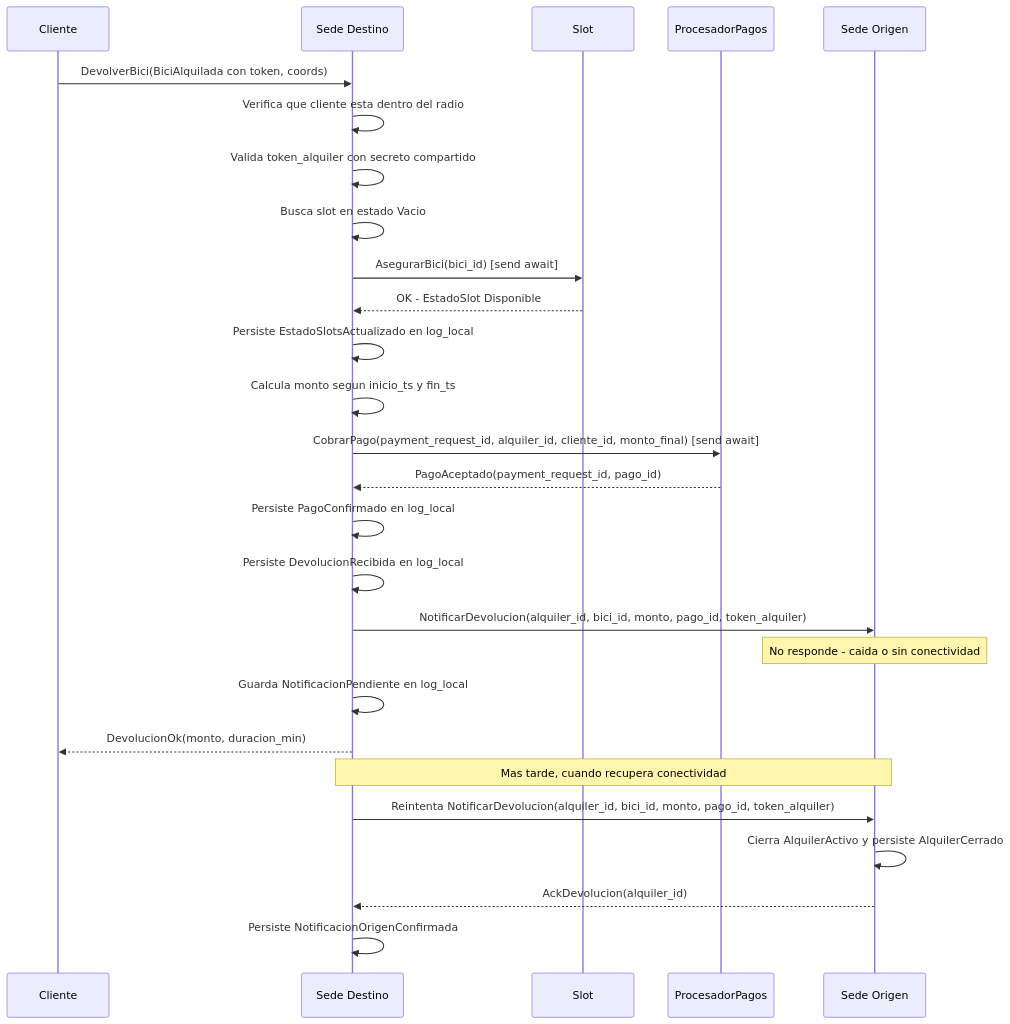
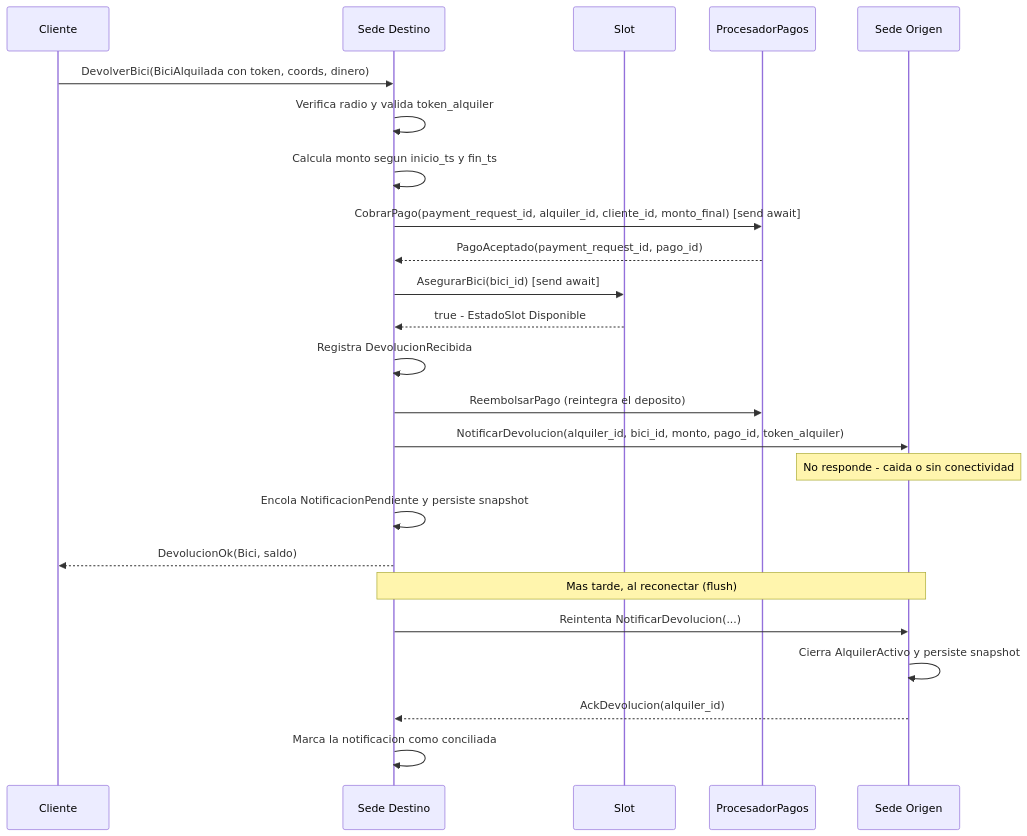
Diagram 11 of 14 in README.md (Jmenechian/distributed-bike-sharing), drawn with Mermaid before and after one commit. The commit also changed other lines of this file, not shown here.

Commit message:
docs(readme): actualizacion del README.md

````diff
--- a/README.md
+++ b/README.md
@@ -1347,31 +1178,28 @@
 ```mermaid
 sequenceDiagram
     participant Cliente
     participant SedeDestino as Sede Destino
     participant Slot
     participant ProcesadorPagos
     participant SedeOrigen as Sede Origen
 
-    Cliente->>SedeDestino: DevolverBici(BiciAlquilada con token, coords)
-    SedeDestino->>SedeDestino: Verifica que cliente esta dentro del radio
-    SedeDestino->>SedeDestino: Valida token_alquiler con secreto compartido
-    SedeDestino->>SedeDestino: Busca slot en estado Vacio
-    SedeDestino->>Slot: AsegurarBici(bici_id) [send await]
-    Slot-->>SedeDestino: OK - EstadoSlot Disponible
-    SedeDestino->>SedeDestino: Persiste EstadoSlotsActualizado en log_local
+    Cliente->>SedeDestino: DevolverBici(BiciAlquilada con token, coords, dinero)
+    SedeDestino->>SedeDestino: Verifica radio y valida token_alquiler
     SedeDestino->>SedeDestino: Calcula monto segun inicio_ts y fin_ts
     SedeDestino->>ProcesadorPagos: CobrarPago(payment_request_id, alquiler_id, cliente_id, monto_final) [send await]
     ProcesadorPagos-->>SedeDestino: PagoAceptado(payment_request_id, pago_id)
-    SedeDestino->>SedeDestino: Persiste PagoConfirmado en log_local
-    SedeDestino->>SedeDestino: Persiste DevolucionRecibida en log_local
+    SedeDestino->>Slot: AsegurarBici(bici_id) [send await]
+    Slot-->>SedeDestino: true - EstadoSlot Disponible
+    SedeDestino->>SedeDestino: Registra DevolucionRecibida
+    SedeDestino->>ProcesadorPagos: ReembolsarPago (reintegra el deposito)
     SedeDestino->>SedeOrigen: NotificarDevolucion(alquiler_id, bici_id, monto, pago_id, token_alquiler)
     Note over SedeOrigen: No responde - caida o sin conectividad
-    SedeDestino->>SedeDestino: Guarda NotificacionPendiente en log_local
-    SedeDestino-->>Cliente: DevolucionOk(monto, duracion_min)
+    SedeDestino->>SedeDestino: Encola NotificacionPendiente y persiste snapshot
+    SedeDestino-->>Cliente: DevolucionOk(Bici, saldo)
 
-    Note over SedeDestino,SedeOrigen: Mas tarde, cuando recupera conectividad
-    SedeDestino->>SedeOrigen: Reintenta NotificarDevolucion(alquiler_id, bici_id, monto, pago_id, token_alquiler)
-    SedeOrigen->>SedeOrigen: Cierra AlquilerActivo y persiste AlquilerCerrado
+    Note over SedeDestino,SedeOrigen: Mas tarde, al reconectar (flush)
+    SedeDestino->>SedeOrigen: Reintenta NotificarDevolucion(...)
+    SedeOrigen->>SedeOrigen: Cierra AlquilerActivo y persiste snapshot
     SedeOrigen-->>SedeDestino: AckDevolucion(alquiler_id)
-    SedeDestino->>SedeDestino: Persiste NotificacionOrigenConfirmada
+    SedeDestino->>SedeDestino: Marca la notificacion como conciliada
 ```
````
